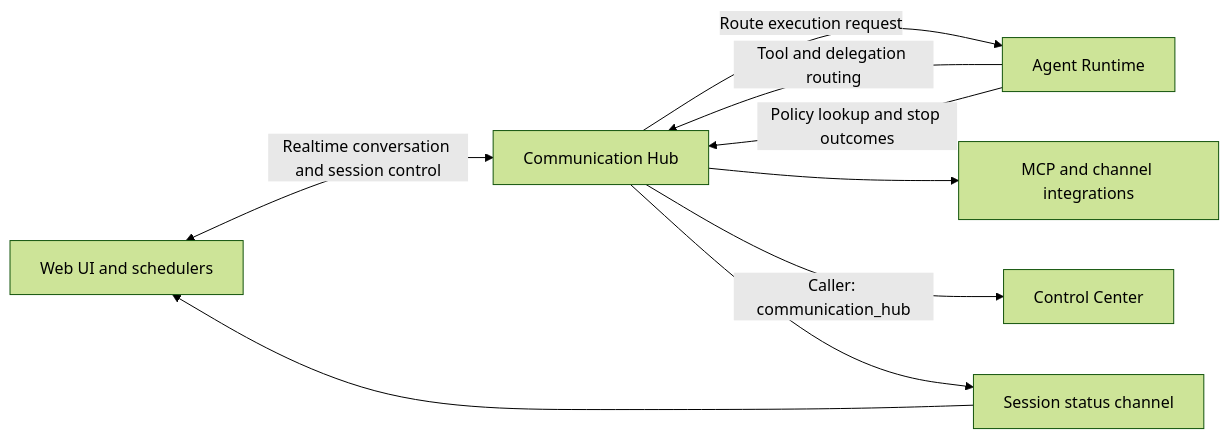
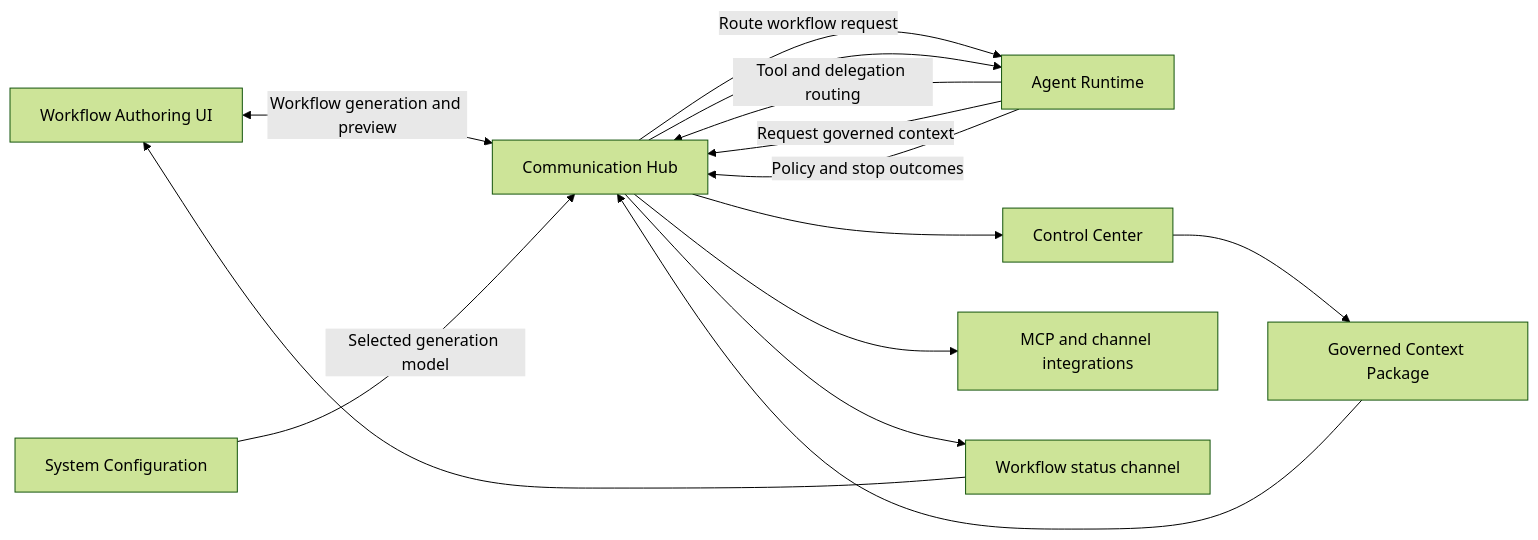
One commit to hurungang/parthenon changed the first of 2 diagrams in docs/master/architecture/modules/communication-hub/architecture.md. Above: the diagram before and after it, drawn with Mermaid (forest theme). The commit also changed other lines of this file and 39 other files, not shown here.

````diff
--- a/docs/master/architecture/modules/communication-hub/architecture.md
+++ b/docs/master/architecture/modules/communication-hub/architecture.md
@@ -3,18 +3,25 @@
 ```mermaid
 flowchart LR
-    UI[Web UI and schedulers]
+    UI[Workflow Authoring UI]
+    CFG[System Configuration]
     CH[Communication Hub]
     AR[Agent Runtime]
     CC[Control Center]
     MCP[MCP and channel integrations]
-    STAT[Session status channel]
+    STAT[Workflow status channel]
+    CTX[Governed Context Package]
 
-    UI <-->|Realtime conversation and session control| CH
-    CH -->|Route execution request| AR
+    UI <-->|Workflow generation and preview| CH
+    CFG -->|Selected generation model| CH
+    CH -->|Route workflow request| AR
     AR -->|Tool and delegation routing| CH
+    AR -->|Request governed context| CH
+    CH --> CC
+    CC --> CTX
+    CTX --> CH
+    CH --> AR
     CH --> MCP
-    AR -->|Policy lookup and stop outcomes| CH
-    CH -->|Caller: communication_hub| CC
+    AR -->|Policy and stop outcomes| CH
     CH --> STAT
     STAT --> UI
 ```
````
